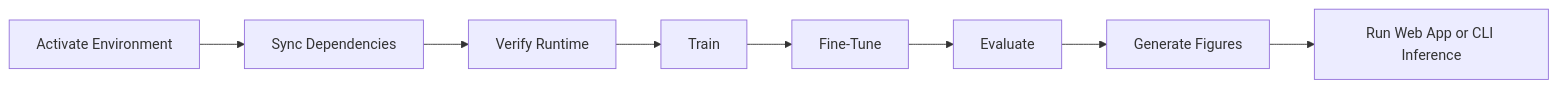
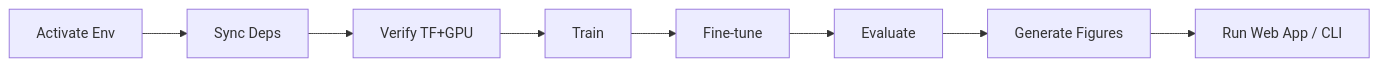
Before and after one commit to ItzSwapnil/Leaf_Disease_Detection: the diagram in docs/run.md, drawn with Mermaid. The commit also changed other lines of this file and 45 other files, not shown here.

````diff
--- a/docs/run.md
+++ b/docs/run.md
@@ -7,10 +9,10 @@
 ```mermaid
 flowchart LR
-    A[Activate Environment] --> B[Sync Dependencies]
-    B --> C[Verify Runtime]
-    C --> D[Train]
-    D --> E[Fine-Tune]
-    E --> F[Evaluate]
-    F --> G[Generate Figures]
-    G --> H[Run Web App or CLI Inference]
+    A["Activate Env"] --> B["Sync Deps"]
+    B --> C["Verify TF+GPU"]
+    C --> D["Train"]
+    D --> E["Fine-tune"]
+    E --> F["Evaluate"]
+    F --> G["Generate Figures"]
+    G --> H["Run Web App / CLI"]
 ```
````
